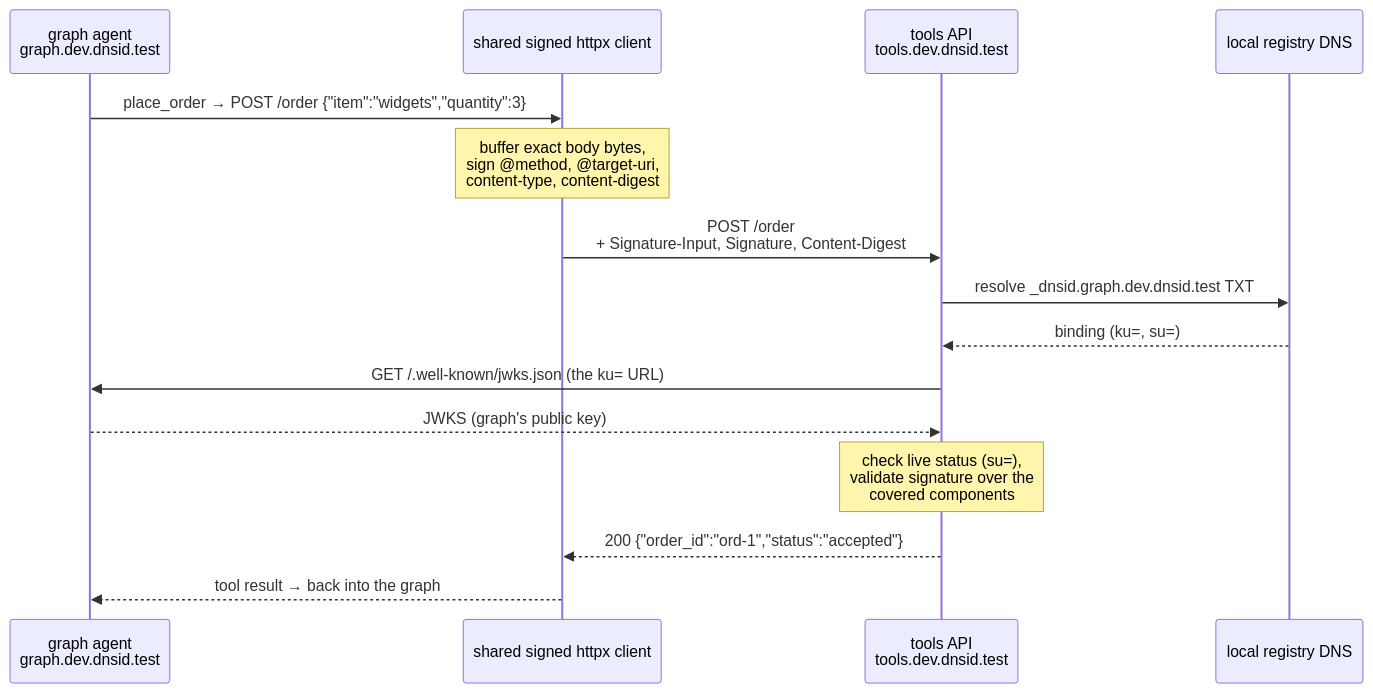
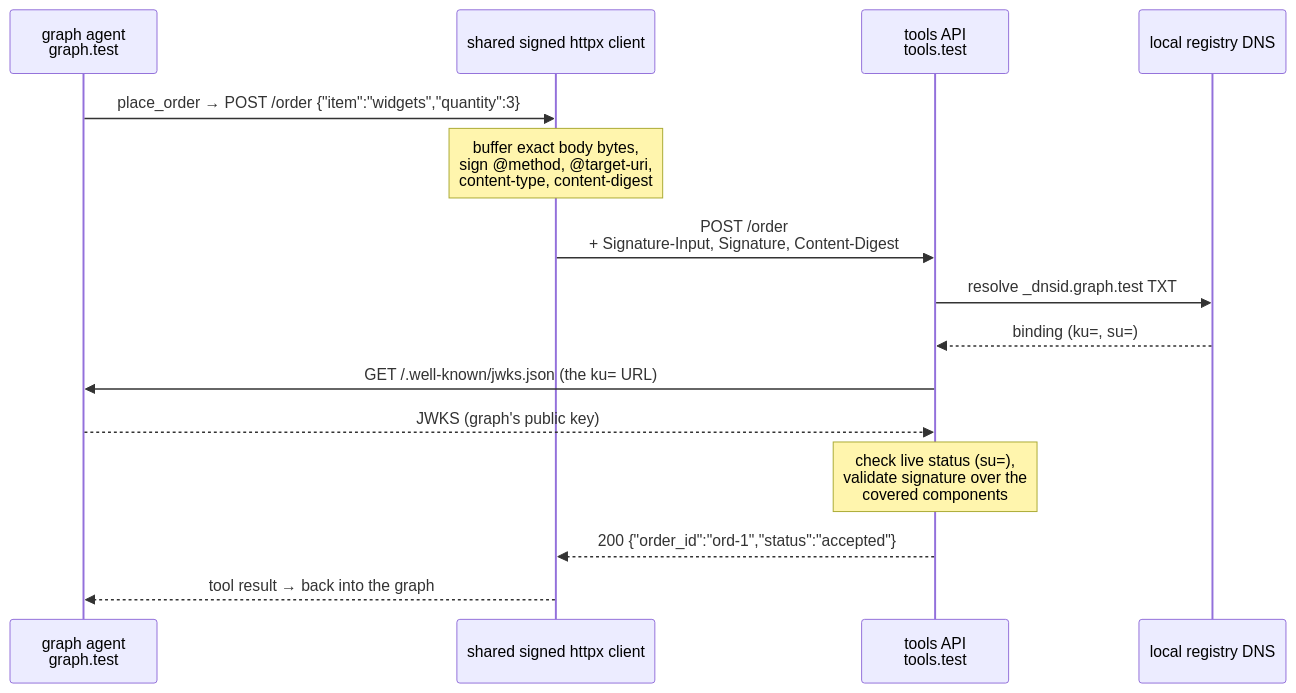
Before and after one commit to dnsid-ai/dnsid-cookbook: the diagram in recipes/31-langgraph-dnsid-agent/README.md, drawn with Mermaid. The commit also changed other lines of this file and 70 other files, not shown here.

````diff
--- a/recipes/31-langgraph-dnsid-agent/README.md
+++ b/recipes/31-langgraph-dnsid-agent/README.md
@@ -97,18 +97,18 @@
 ```mermaid
 sequenceDiagram
-    participant G as graph agent<br/>graph.dev.dnsid.test
+    participant G as graph agent<br/>graph.test
     participant C as shared signed httpx client
-    participant T as tools API<br/>tools.dev.dnsid.test
+    participant T as tools API<br/>tools.test
     participant D as local registry DNS
 
     G->>C: place_order → POST /order {"item":"widgets","quantity":3}
     Note over C: buffer exact body bytes,<br/>sign @method, @target-uri,<br/>content-type, content-digest
     C->>T: POST /order<br/>+ Signature-Input, Signature, Content-Digest
-    T->>D: resolve _dnsid.graph.dev.dnsid.test TXT
+    T->>D: resolve _dnsid.graph.test TXT
     D-->>T: binding (ku=, su=)
     T->>G: GET /.well-known/jwks.json (the ku= URL)
     G-->>T: JWKS (graph's public key)
     Note over T: check live status (su=),<br/>validate signature over the<br/>covered components
     T-->>C: 200 {"order_id":"ord-1","status":"accepted"}
     C-->>G: tool result → back into the graph
 ```
````
